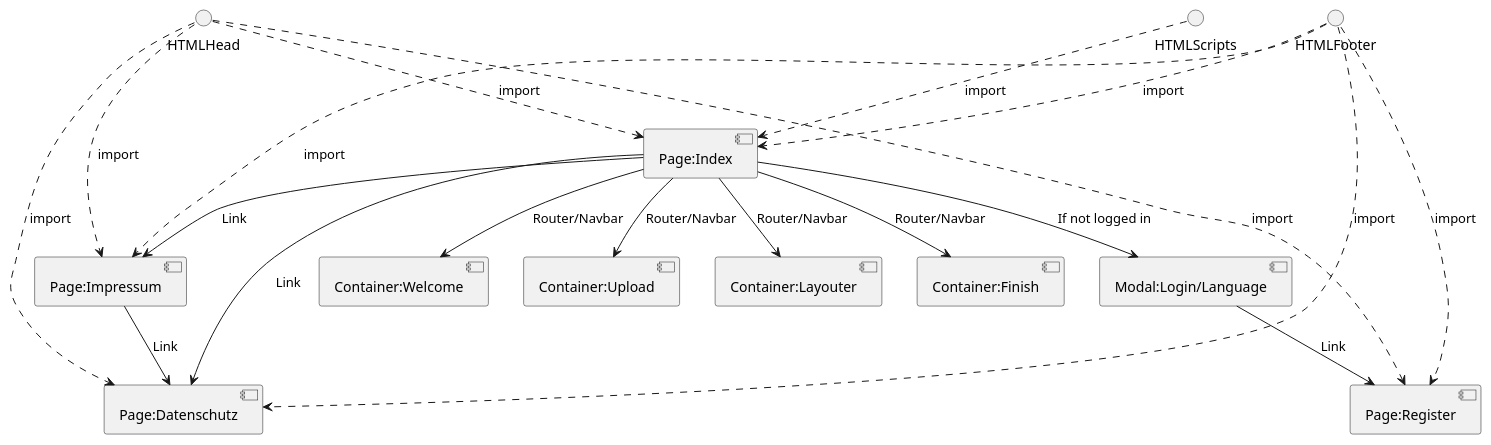
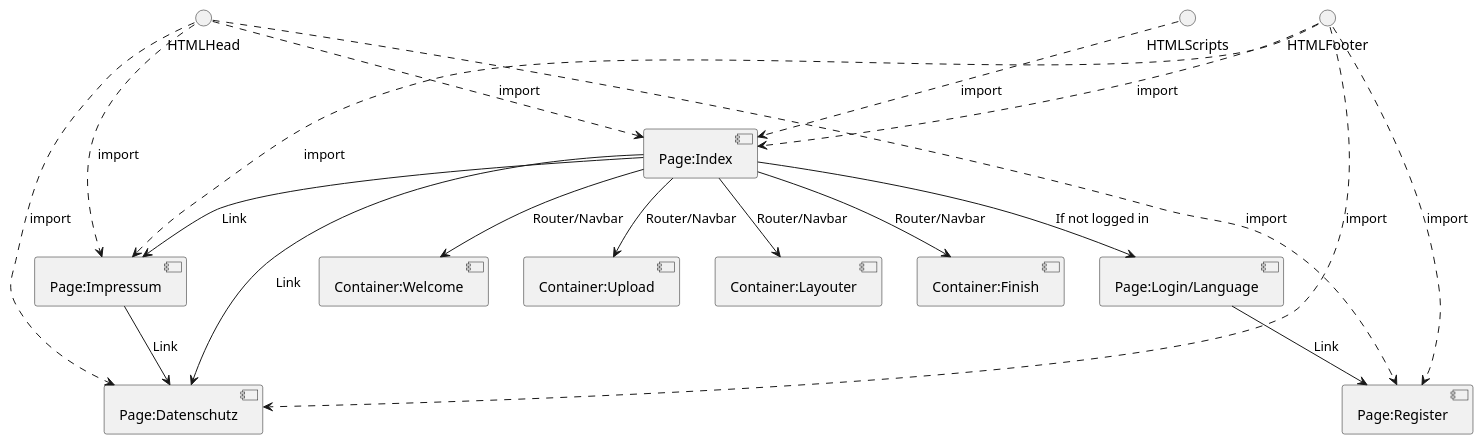
Before and after one commit to WebDaD/Resilienz: the diagram in docs/structure.puml, drawn with PlantUML. The commit also changed 6 other files, not shown here.

```diff
--- a/docs/structure.puml
+++ b/docs/structure.puml
@@ -1,29 +1,29 @@
 @startuml
 
 HTMLHead ..> [Page:Index] : import
 HTMLScripts ..> [Page:Index] : import
 HTMLFooter ..> [Page:Index] : import
 
 HTMLHead  ..> [Page:Impressum] : import
 HTMLFooter ..> [Page:Impressum] : import
 
 HTMLHead  ..> [Page:Datenschutz] : import
 HTMLFooter ..> [Page:Datenschutz] : import
 
 HTMLHead ..> [Page:Register] : import
 HTMLFooter ..> [Page:Register] : import
 
 [Page:Index] --> [Page:Impressum] : Link
 [Page:Index] --> [Page:Datenschutz] : Link
 [Page:Impressum] --> [Page:Datenschutz] : Link
 
-[Page:Index] --> [Modal:Login/Language] : If not logged in
-[Modal:Login/Language] --> [Page:Register] : Link
+[Page:Index] --> [Page:Login/Language] : If not logged in
+[Page:Login/Language] --> [Page:Register] : Link
 
 [Page:Index] --> [Container:Welcome] : Router/Navbar
 [Page:Index] --> [Container:Upload] : Router/Navbar
 [Page:Index] --> [Container:Layouter] : Router/Navbar
 [Page:Index] --> [Container:Finish] : Router/Navbar
 
 
 @enduml
```
